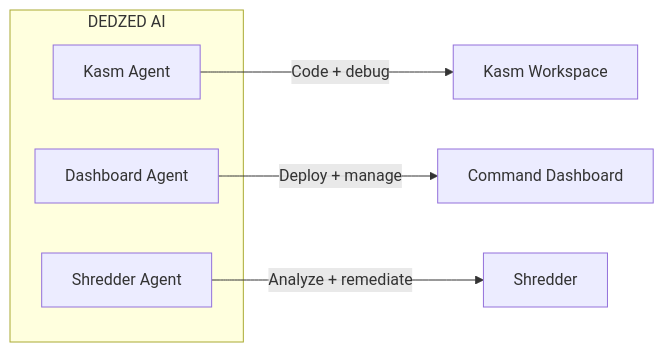
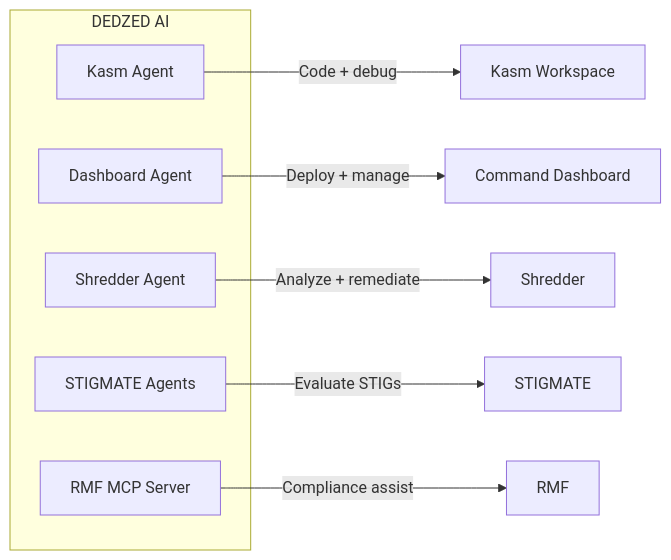
The diagram in knowledge-base/dedzed-ai.mdx (shebashio/docs), drawn with Mermaid before and after one commit. The commit also changed other lines of this file and 27 other files, not shown here.

First line of the commit message:
feat(docs): add STIGMATE, RMF, and Operator State Lock documentation

````diff
--- a/knowledge-base/dedzed-ai.mdx
+++ b/knowledge-base/dedzed-ai.mdx
@@ -11,12 +11,16 @@
 ```mermaid
 flowchart LR
     subgraph AI["DEDZED AI"]
         K["Kasm Agent"]
         D["Dashboard Agent"]
         S["Shredder Agent"]
+        ST["STIGMATE Agents"]
+        R["RMF MCP Server"]
     end
 
     K -->|"Code + debug"| KW["Kasm Workspace"]
     D -->|"Deploy + manage"| CMD["Command Dashboard"]
     S -->|"Analyze + remediate"| SH["Shredder"]
+    ST -->|"Evaluate STIGs"| STIG["STIGMATE"]
+    R -->|"Compliance assist"| RMF["RMF"]
 ```
````
